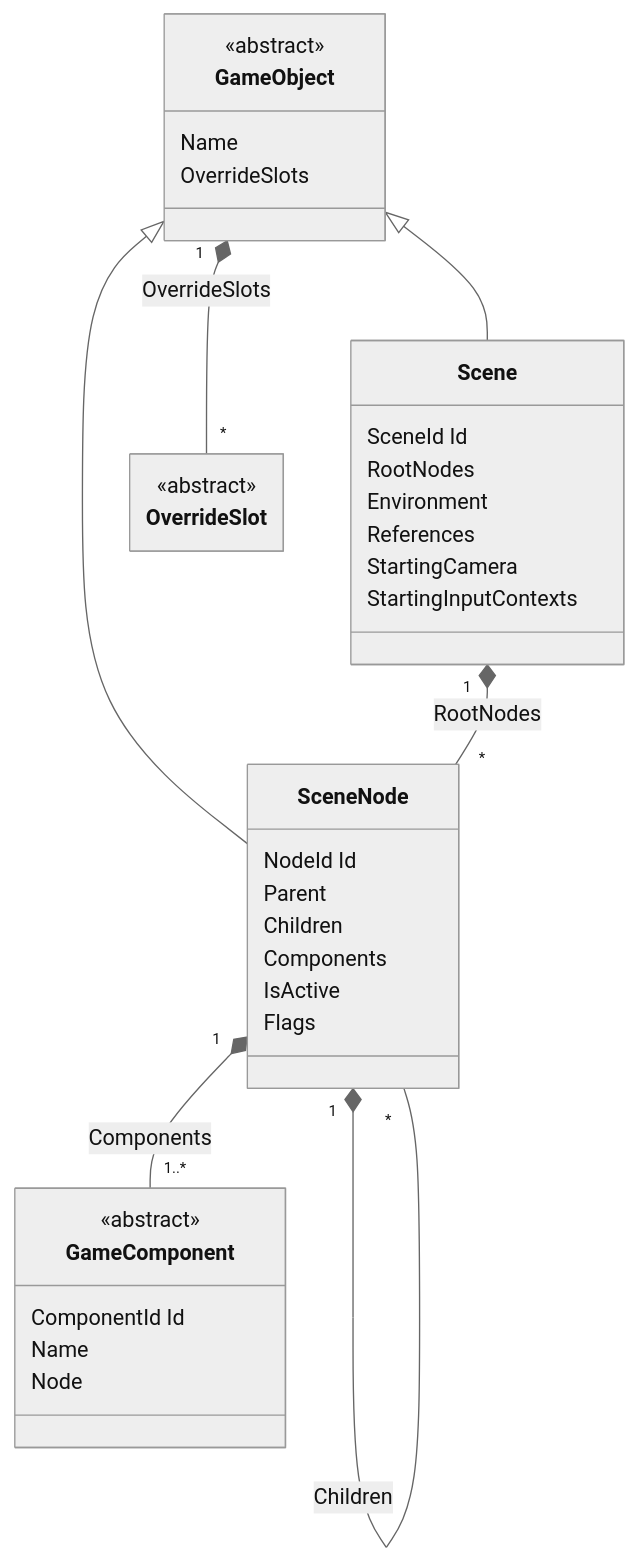
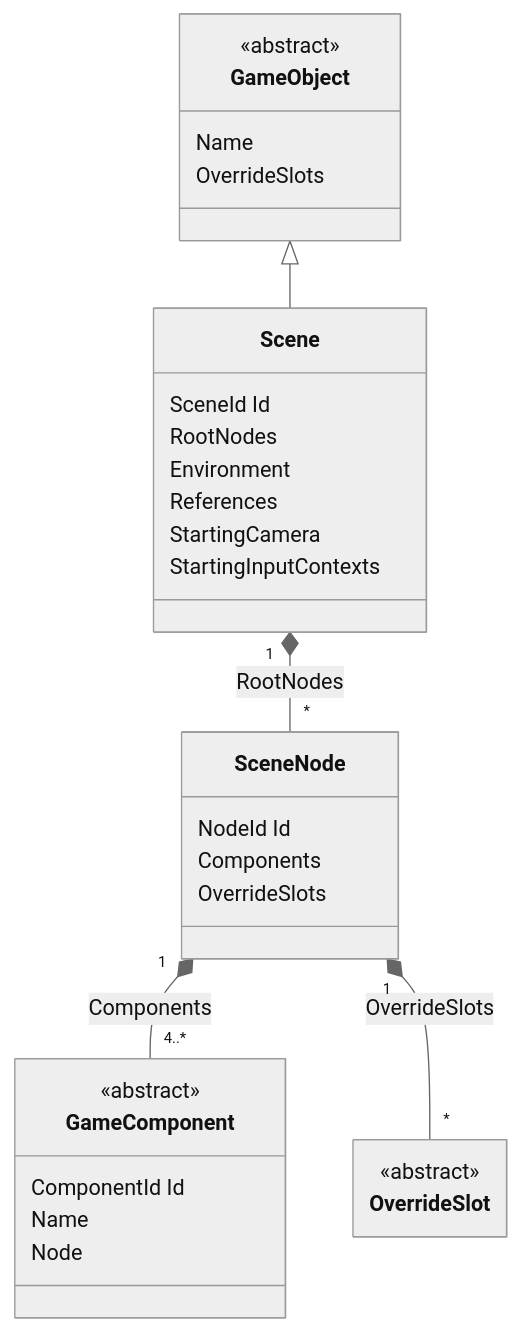
The second of 7 diagrams in projects/Oxygen.Editor.World/README.md (abdes/DroidNet), drawn with Mermaid (neutral theme) before and after one commit. The commit also changed other lines of this file and 206 other files, not shown here.

````diff
--- a/projects/Oxygen.Editor.World/README.md
+++ b/projects/Oxygen.Editor.World/README.md
@@ -68,47 +68,42 @@
 ```mermaid
 ---
 config:
   class:
     hideEmptyMembersBox: true
 ---
 classDiagram
     direction TB
 
     class GameObject {
         <<abstract>>
         Name
         OverrideSlots
     }
     class Scene {
         SceneId Id
         RootNodes
         Environment
         References
         StartingCamera
         StartingInputContexts
     }
     class SceneNode {
         NodeId Id
-        Parent
-        Children
         Components
-        IsActive
-        Flags
+        OverrideSlots
     }
     class GameComponent {
         <<abstract>>
         ComponentId Id
         Name
         Node
     }
     class OverrideSlot {
         <<abstract>>
     }
 
     GameObject <|-- Scene
-    GameObject <|-- SceneNode
     Scene "1" *-- "*" SceneNode : RootNodes
-    SceneNode "1" *-- "*" SceneNode : Children
-    SceneNode "1" *-- "1..*" GameComponent : Components
-    GameObject "1" *-- "*" OverrideSlot : OverrideSlots
+    SceneNode "1" *-- "4..*" GameComponent : Components
+    SceneNode "1" *-- "*" OverrideSlot : OverrideSlots
 ```
````
